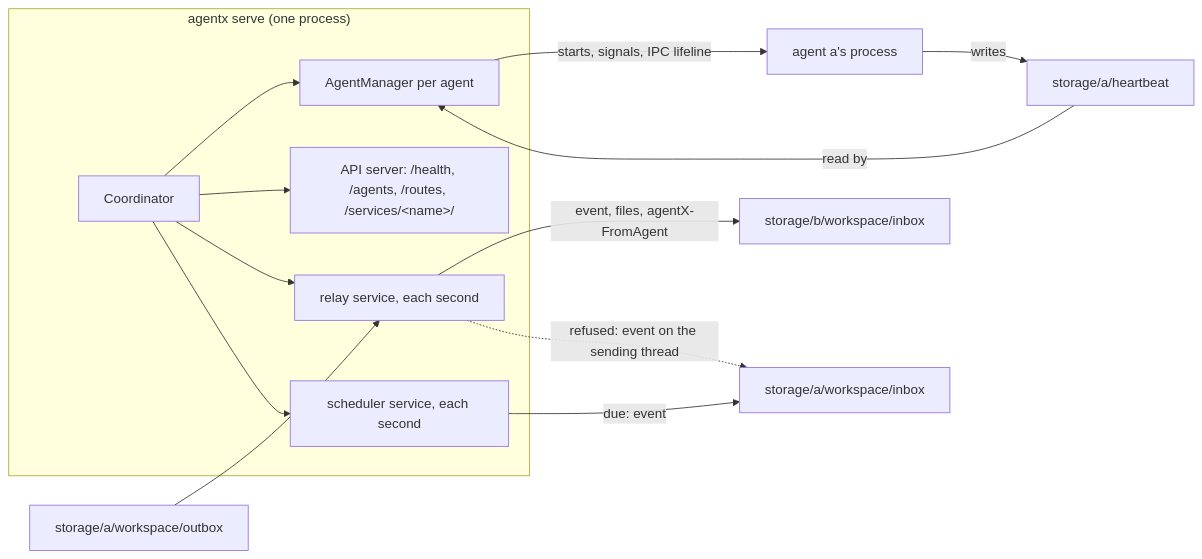
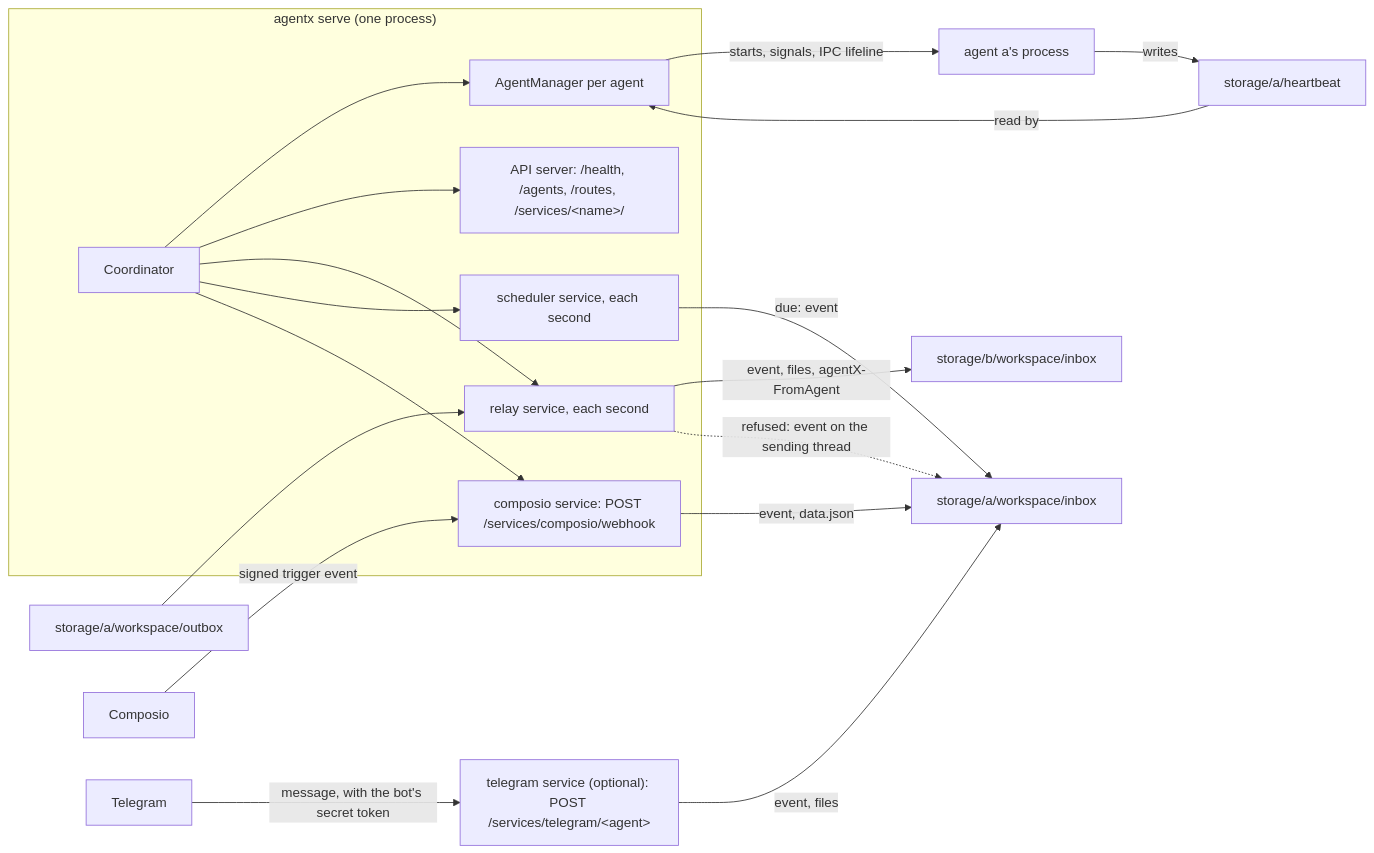
Before and after one commit to cognisphere-sh/agent-x: the diagram in docs/architecture/coordinator-runtime/README.md, drawn with Mermaid. The commit also changed other lines of this file and 26 other files, not shown here.

First line of the commit message:
feat: Composio's trigger webhook and a Telegram service

````diff
--- a/docs/architecture/coordinator-runtime/README.md
+++ b/docs/architecture/coordinator-runtime/README.md
@@ -21,12 +23,14 @@
 ```mermaid
 flowchart LR
   subgraph SERVE["agentx serve (one process)"]
     C["Coordinator"] --> M["AgentManager per agent"] & H["API server: /health, /agents, /routes, /services/&lt;name&gt;/"]
-    C --> D["relay service, each second"] & S["scheduler service, each second"]
+    C --> D["relay service, each second"] & S["scheduler service, each second"] & CW["composio service: POST /services/composio/webhook"]
   end
   M -- "starts, signals, IPC lifeline" --> A["agent a's process"]
   A -- "writes" --> HB["storage/a/heartbeat"] -- "read by" --> M
   OA["storage/a/workspace/outbox"] --> D -- "event, files, agentX-FromAgent" --> IB["storage/b/workspace/inbox"]
   D -. "refused: event on the sending thread" .-> IA["storage/a/workspace/inbox"]
   S -- "due: event" --> IA
+  CO["Composio"] -- "signed trigger event" --> CW -- "event, data.json" --> IA
+  TGM["Telegram"] -- "message, with the bot's secret token" --> TW["telegram service (optional): POST /services/telegram/&lt;agent&gt;"] -- "event, files" --> IA
 ```
````
